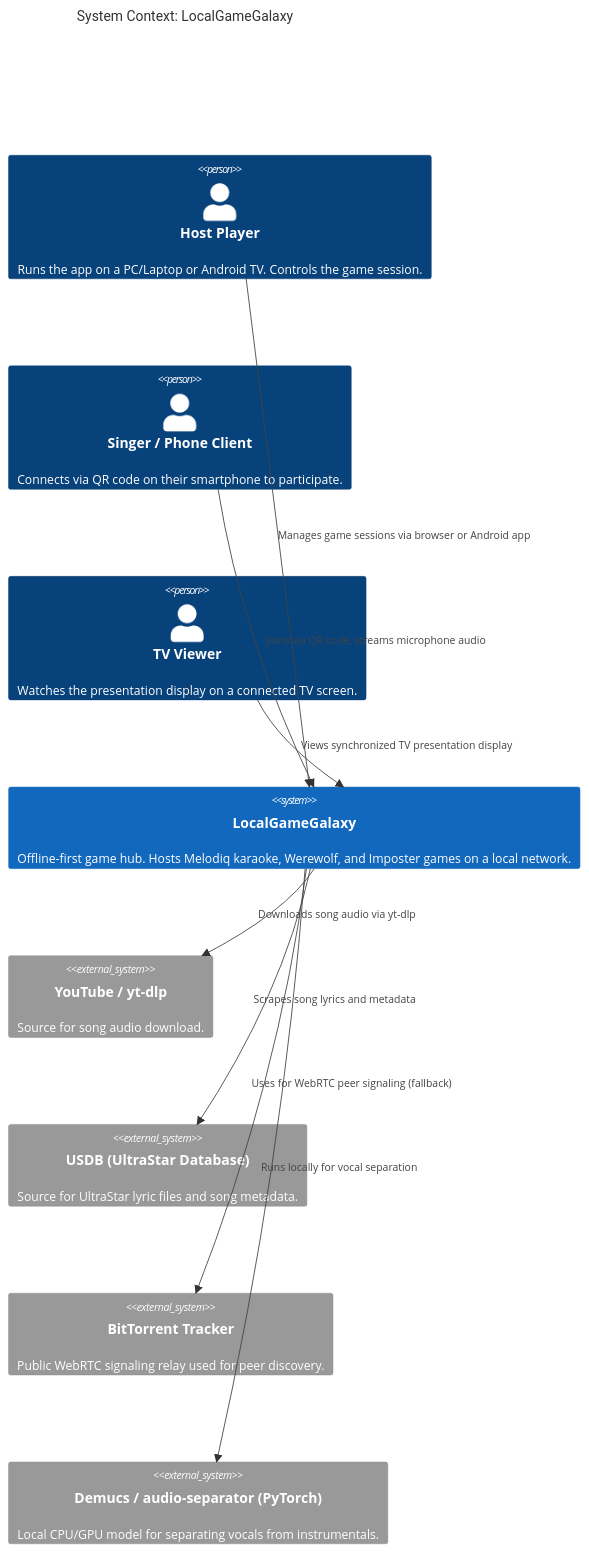
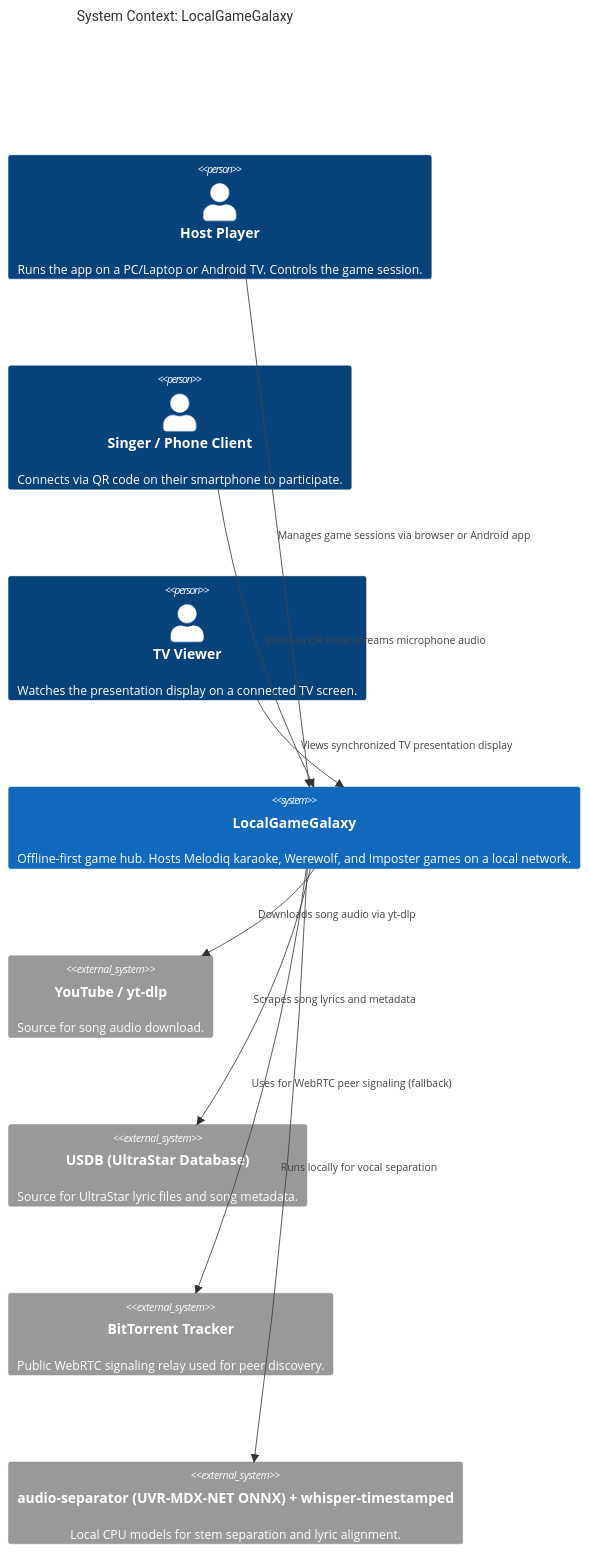
The first of 3 diagrams in docs/tech/c4-diagrams.md (suitably/LocalGameGalaxy), drawn with Mermaid before and after one commit. The commit also changed other lines of this file and 153 other files, not shown here.

````diff
--- a/docs/tech/c4-diagrams.md
+++ b/docs/tech/c4-diagrams.md
@@ -23,23 +27,23 @@
 ```mermaid
 C4Context
     title System Context: LocalGameGalaxy
 
     Person(host, "Host Player", "Runs the app on a PC/Laptop or Android TV. Controls the game session.")
     Person(singer, "Singer / Phone Client", "Connects via QR code on their smartphone to participate.")
     Person(tv_viewer, "TV Viewer", "Watches the presentation display on a connected TV screen.")
 
     System(lgg, "LocalGameGalaxy", "Offline-first game hub. Hosts Melodiq karaoke, Werewolf, and Imposter games on a local network.")
 
     System_Ext(youtube, "YouTube / yt-dlp", "Source for song audio download.")
     System_Ext(usdb, "USDB (UltraStar Database)", "Source for UltraStar lyric files and song metadata.")
     System_Ext(bt_tracker, "BitTorrent Tracker", "Public WebRTC signaling relay used for peer discovery.")
-    System_Ext(demucs, "Demucs / audio-separator (PyTorch)", "Local CPU/GPU model for separating vocals from instrumentals.")
+    System_Ext(demucs, "audio-separator (UVR-MDX-NET ONNX) + whisper-timestamped", "Local CPU models for stem separation and lyric alignment.")
 
     Rel(host, lgg, "Manages game sessions via browser or Android app")
     Rel(singer, lgg, "Joins via QR code, streams microphone audio")
     Rel(tv_viewer, lgg, "Views synchronized TV presentation display")
     Rel(lgg, youtube, "Downloads song audio via yt-dlp")
     Rel(lgg, usdb, "Scrapes song lyrics and metadata")
     Rel(lgg, bt_tracker, "Uses for WebRTC peer signaling (fallback)")
     Rel(lgg, demucs, "Runs locally for vocal separation")
 ```
````
